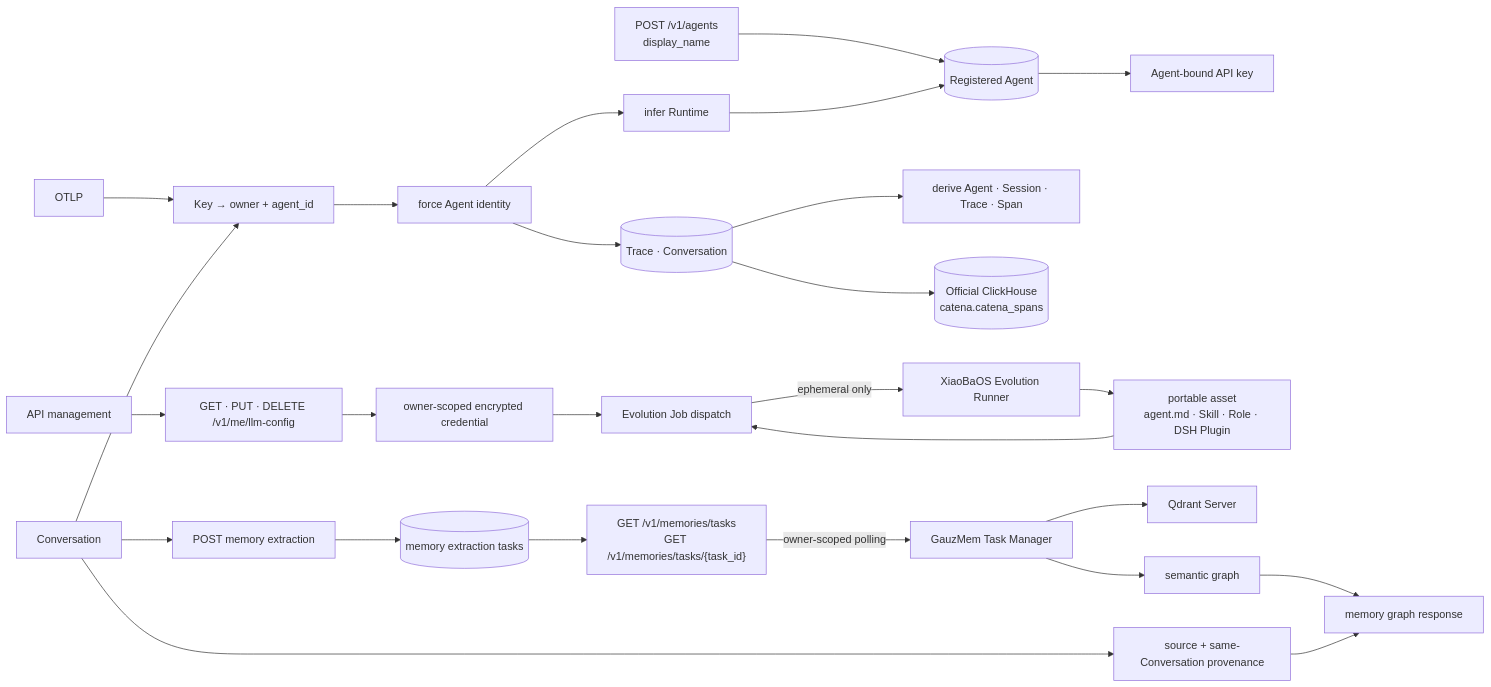
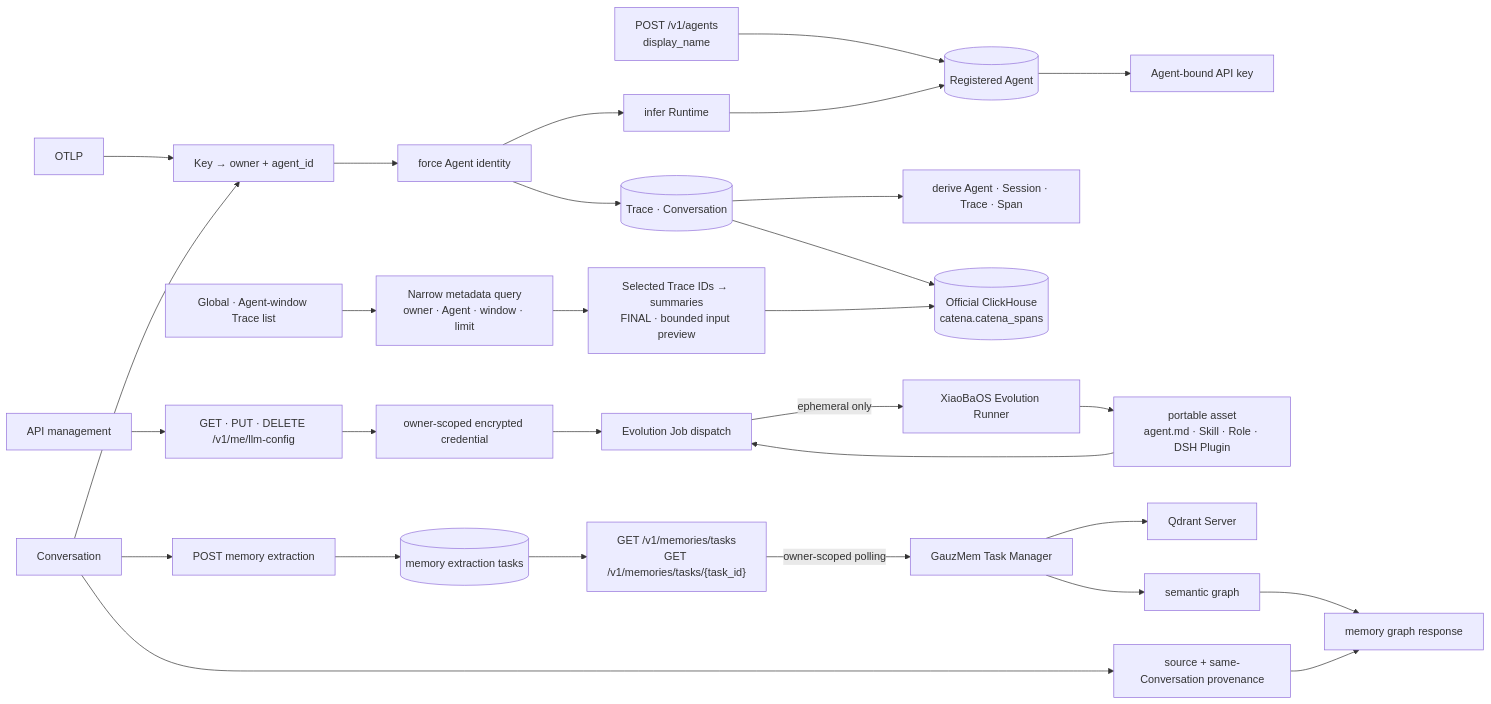
One commit to fightheyyy/CATENA changed the second of 2 diagrams in control-plane/SPEC.md. Above: the diagram before and after it, drawn with Mermaid. The commit also changed other lines of this file and 17 other files, not shown here.

Commit message:
Reframe spec around trace-native Agent Engineer

````diff
--- a/control-plane/SPEC.md
+++ b/control-plane/SPEC.md
@@ -46,28 +49,31 @@
 ```mermaid
 flowchart LR
     Create["POST /v1/agents<br/>display_name"] --> Registry[("Registered Agent")]
     Registry --> Key["Agent-bound API key"]
     OTLP["OTLP"] --> Auth["Key → owner + agent_id"]
     Conversation["Conversation"] --> Auth
     Auth --> Normalize["force Agent identity"]
     Normalize --> Detect["infer Runtime"]
     Normalize --> Evidence[("Trace · Conversation")]
     Evidence --> Hierarchy["derive Agent · Session · Trace · Span"]
     Evidence --> CH[("Official ClickHouse<br/>catena.catena_spans")]
+    TraceList["Global · Agent-window Trace list"] --> Recent["Narrow metadata query<br/>owner · Agent · window · limit"]
+    Recent --> Summaries["Selected Trace IDs → summaries<br/>FINAL · bounded input preview"]
+    Summaries --> CH
     Detect --> Registry
     Web["API management"] --> ModelAPI["GET · PUT · DELETE /v1/me/llm-config"]
     ModelAPI --> Encrypted["owner-scoped encrypted credential"]
     Encrypted --> Job["Evolution Job dispatch"]
     Job -->|"ephemeral only"| Runner["XiaoBaOS Evolution Runner"]
     Runner --> Candidate["portable asset<br/>agent.md · Skill · Role · DSH Plugin"]
     Candidate --> Job
     Conversation --> MemorySubmit["POST memory extraction"]
     MemorySubmit --> Ledger[("memory extraction tasks")]
     Ledger --> MemoryTask["GET /v1/memories/tasks<br/>GET /v1/memories/tasks/{task_id}"]
     MemoryTask -->|"owner-scoped polling"| GauzMem["GauzMem Task Manager"]
     GauzMem --> Vector["Qdrant Server"]
     GauzMem --> Semantic["semantic graph"]
     Conversation --> Provenance["source + same-Conversation provenance"]
     Semantic --> Graph["memory graph response"]
     Provenance --> Graph
 ```
````
